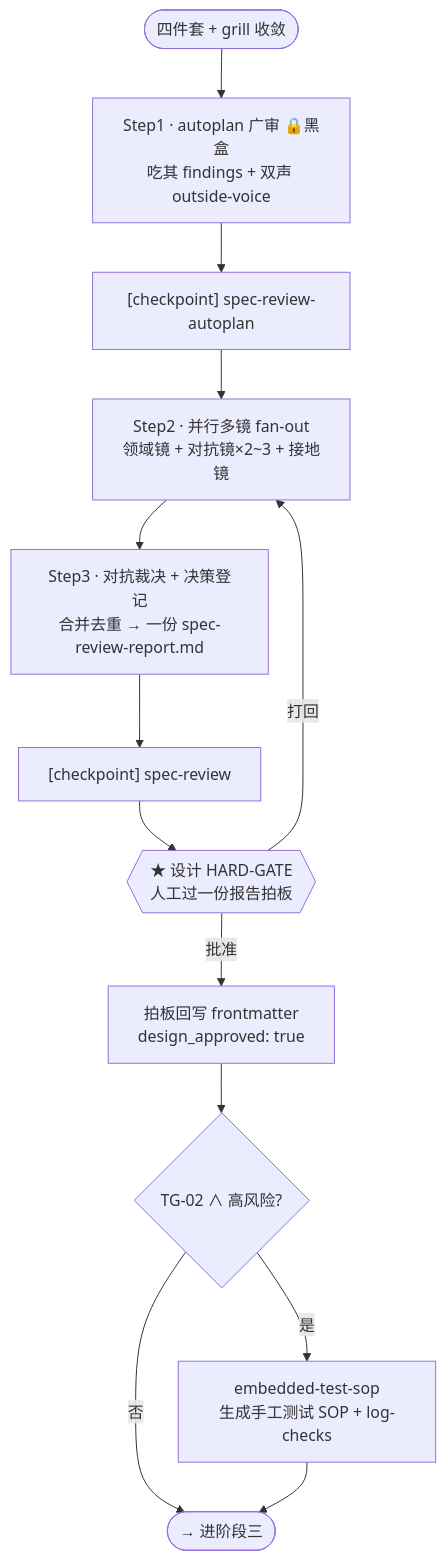
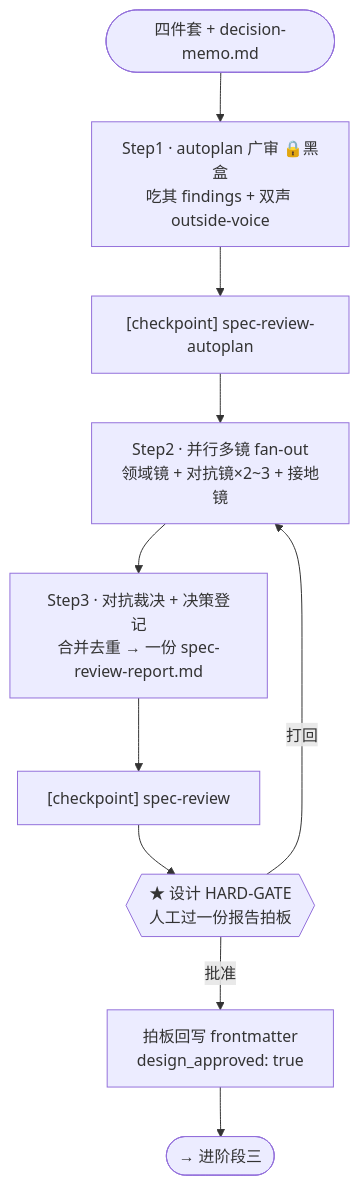
The fourth of 8 diagrams in docs/workflow-overview.md (laodao-ai/sdflow-skills), drawn with Mermaid before and after one commit. The commit also changed other lines of this file and 57 other files, not shown here.

````diff
--- a/docs/workflow-overview.md
+++ b/docs/workflow-overview.md
@@ -136,15 +119,12 @@
 ```mermaid
 flowchart TD
-    IN(["四件套 + grill 收敛"]) --> S1["Step1 · autoplan 广审 🔒黑盒<br/>吃其 findings + 双声 outside-voice"]
+    IN(["四件套 + decision-memo.md"]) --> S1["Step1 · autoplan 广审 🔒黑盒<br/>吃其 findings + 双声 outside-voice"]
     S1 --> CP1["[checkpoint] spec-review-autoplan"]
     CP1 --> S2["Step2 · 并行多镜 fan-out<br/>领域镜 + 对抗镜×2~3 + 接地镜"]
     S2 --> S3["Step3 · 对抗裁决 + 决策登记<br/>合并去重 → 一份 spec-review-report.md"]
     S3 --> CP2["[checkpoint] spec-review"]
     CP2 --> GATE{{"★ 设计 HARD-GATE<br/>人工过一份报告拍板"}}
     GATE -->|批准| FM["拍板回写 frontmatter<br/>design_approved: true"]
     GATE -->|打回| S2
-    FM --> SOP{"TG-02 ∧ 高风险?"}
-    SOP -->|是| ES["embedded-test-sop<br/>生成手工测试 SOP + log-checks"]
-    SOP -->|否| OUT(["→ 进阶段三"])
-    ES --> OUT
+    FM --> OUT(["→ 进阶段三"])
 ```
````
